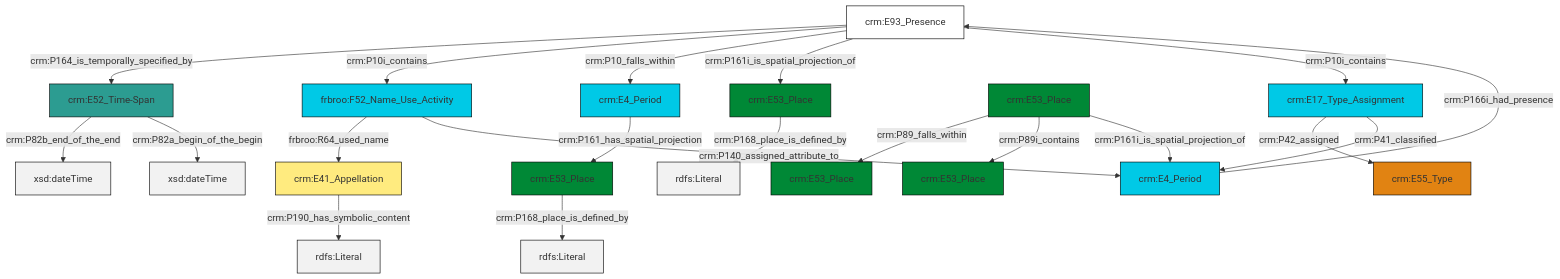
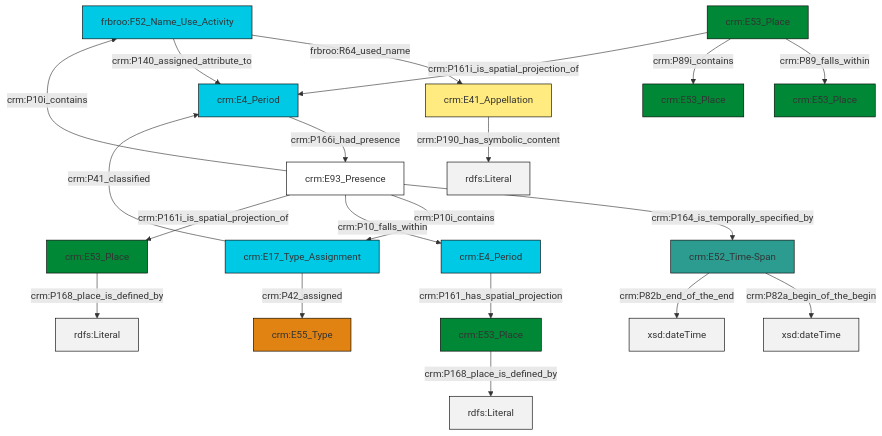
Before and after one commit to swiss-art-research-net/reference-data-models: the diagram in et/placeCSV/ttl/mmd/place_parthood.ttl.mmd, drawn with Mermaid. The commit also changed 125 other files, not shown here.

```diff
--- a/et/placeCSV/ttl/mmd/place_parthood.ttl.mmd
+++ b/et/placeCSV/ttl/mmd/place_parthood.ttl.mmd
@@ -1,34 +1,34 @@
 graph TD
 classDef Literal fill:#f2f2f2,stroke:#000000;
 classDef CRM_Entity fill:#FFFFFF,stroke:#000000;
 classDef Temporal_Entity fill:#00C9E6, stroke:#000000;
 classDef Type fill:#E18312, stroke:#000000;
 classDef Time-Span fill:#2C9C91, stroke:#000000;
 classDef Appellation fill:#FFEB7F, stroke:#000000;
 classDef Place fill:#008836, stroke:#000000;
 classDef Persistent_Item fill:#B266B2, stroke:#000000;
 classDef Conceptual_Object fill:#FFD700, stroke:#000000;
 classDef Physical_Thing fill:#D2B48C, stroke:#000000;
 classDef Actor fill:#f58aad, stroke:#000000;
 classDef PC_Classes fill:#4ce600, stroke:#000000;
 classDef Multi fill:#cccccc,stroke:#000000;
 
-0["crm:E52_Time-Span"]:::Time-Span -->|crm:P82b_end_of_the_end| 1[xsd:dateTime]:::Literal
-2["crm:E93_Presence"]:::CRM_Entity -->|crm:P164_is_temporally_specified_by| 0["crm:E52_Time-Span"]:::Time-Span
-5["crm:E4_Period"]:::Temporal_Entity -->|crm:P166i_had_presence| 2["crm:E93_Presence"]:::CRM_Entity
-2["crm:E93_Presence"]:::CRM_Entity -->|crm:P10i_contains| 8["frbroo:F52_Name_Use_Activity"]:::Temporal_Entity
-2["crm:E93_Presence"]:::CRM_Entity -->|crm:P10_falls_within| 9["crm:E4_Period"]:::Temporal_Entity
-13["crm:E53_Place"]:::Place -->|crm:P168_place_is_defined_by| 14[rdfs:Literal]:::Literal
-2["crm:E93_Presence"]:::CRM_Entity -->|crm:P161i_is_spatial_projection_of| 15["crm:E53_Place"]:::Place
-17["crm:E41_Appellation"]:::Appellation -->|crm:P190_has_symbolic_content| 18[rdfs:Literal]:::Literal
-20["crm:E53_Place"]:::Place -->|crm:P89_falls_within| 21["crm:E53_Place"]:::Place
-15["crm:E53_Place"]:::Place -->|crm:P168_place_is_defined_by| 22[rdfs:Literal]:::Literal
-20["crm:E53_Place"]:::Place -->|crm:P89i_contains| 3["crm:E53_Place"]:::Place
-9["crm:E4_Period"]:::Temporal_Entity -->|crm:P161_has_spatial_projection| 13["crm:E53_Place"]:::Place
-0["crm:E52_Time-Span"]:::Time-Span -->|crm:P82a_begin_of_the_begin| 25[xsd:dateTime]:::Literal
-26["crm:E17_Type_Assignment"]:::Temporal_Entity -->|crm:P42_assigned| 11["crm:E55_Type"]:::Type
-26["crm:E17_Type_Assignment"]:::Temporal_Entity -->|crm:P41_classified| 5["crm:E4_Period"]:::Temporal_Entity
-20["crm:E53_Place"]:::Place -->|crm:P161i_is_spatial_projection_of| 5["crm:E4_Period"]:::Temporal_Entity
-2["crm:E93_Presence"]:::CRM_Entity -->|crm:P10i_contains| 26["crm:E17_Type_Assignment"]:::Temporal_Entity
-8["frbroo:F52_Name_Use_Activity"]:::Temporal_Entity -->|frbroo:R64_used_name| 17["crm:E41_Appellation"]:::Appellation
-8["frbroo:F52_Name_Use_Activity"]:::Temporal_Entity -->|crm:P140_assigned_attribute_to| 5["crm:E4_Period"]:::Temporal_Entity
+0["frbroo:F52_Name_Use_Activity"]:::Temporal_Entity -->|frbroo:R64_used_name| 1["crm:E41_Appellation"]:::Appellation
+2["crm:E53_Place"]:::Place -->|crm:P168_place_is_defined_by| 3[rdfs:Literal]:::Literal
+1["crm:E41_Appellation"]:::Appellation -->|crm:P190_has_symbolic_content| 4[rdfs:Literal]:::Literal
+0["frbroo:F52_Name_Use_Activity"]:::Temporal_Entity -->|crm:P140_assigned_attribute_to| 5["crm:E4_Period"]:::Temporal_Entity
+10["crm:E93_Presence"]:::CRM_Entity -->|crm:P164_is_temporally_specified_by| 11["crm:E52_Time-Span"]:::Time-Span
+5["crm:E4_Period"]:::Temporal_Entity -->|crm:P166i_had_presence| 10["crm:E93_Presence"]:::CRM_Entity
+10["crm:E93_Presence"]:::CRM_Entity -->|crm:P10i_contains| 8["crm:E17_Type_Assignment"]:::Temporal_Entity
+15["crm:E53_Place"]:::Place -->|crm:P89_falls_within| 12["crm:E53_Place"]:::Place
+11["crm:E52_Time-Span"]:::Time-Span -->|crm:P82a_begin_of_the_begin| 16[xsd:dateTime]:::Literal
+10["crm:E93_Presence"]:::CRM_Entity -->|crm:P10i_contains| 0["frbroo:F52_Name_Use_Activity"]:::Temporal_Entity
+18["crm:E4_Period"]:::Temporal_Entity -->|crm:P161_has_spatial_projection| 2["crm:E53_Place"]:::Place
+15["crm:E53_Place"]:::Place -->|crm:P89i_contains| 6["crm:E53_Place"]:::Place
+8["crm:E17_Type_Assignment"]:::Temporal_Entity -->|crm:P42_assigned| 20["crm:E55_Type"]:::Type
+10["crm:E93_Presence"]:::CRM_Entity -->|crm:P10_falls_within| 18["crm:E4_Period"]:::Temporal_Entity
+8["crm:E17_Type_Assignment"]:::Temporal_Entity -->|crm:P41_classified| 5["crm:E4_Period"]:::Temporal_Entity
+23["crm:E53_Place"]:::Place -->|crm:P168_place_is_defined_by| 24[rdfs:Literal]:::Literal
+10["crm:E93_Presence"]:::CRM_Entity -->|crm:P161i_is_spatial_projection_of| 23["crm:E53_Place"]:::Place
+15["crm:E53_Place"]:::Place -->|crm:P161i_is_spatial_projection_of| 5["crm:E4_Period"]:::Temporal_Entity
+11["crm:E52_Time-Span"]:::Time-Span -->|crm:P82b_end_of_the_end| 28[xsd:dateTime]:::Literal
```
